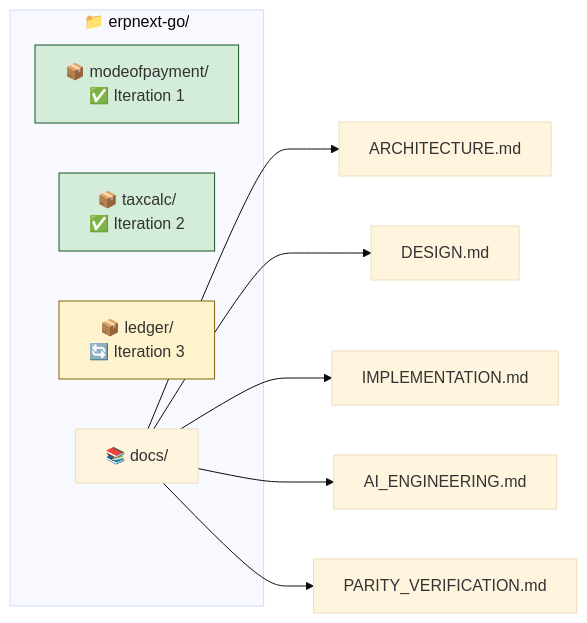
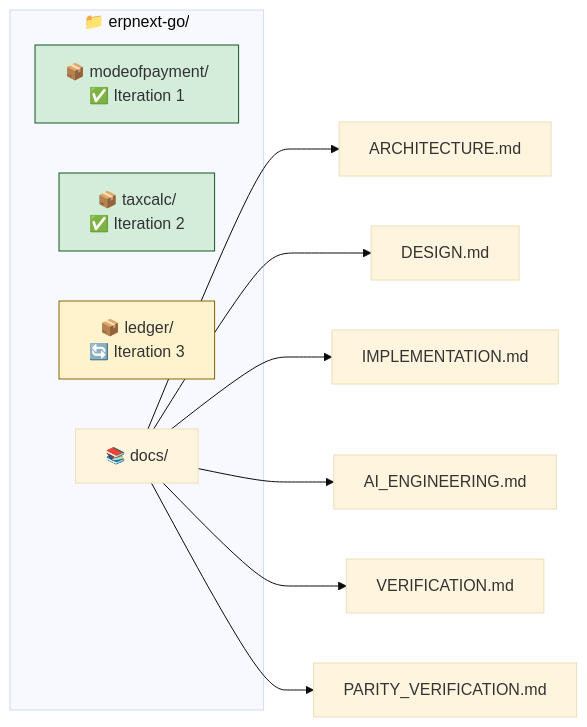
One commit to PearlThoughtsInternship/erpnext-go changed the fourth of 6 diagrams in README.md. Above: the diagram before and after it, drawn with Mermaid (base theme). The commit also changed other lines of this file and 1 other file, not shown here.

First line of the commit message:
Add comprehensive verification documentation and testing section

````diff
--- a/README.md
+++ b/README.md
@@ -195,19 +195,20 @@
 ```mermaid
 graph LR
     subgraph repo["📁 erpnext-go/"]
         mop["📦 modeofpayment/<br/>✅ Iteration 1"]
         tax["📦 taxcalc/<br/>✅ Iteration 2"]
         ledger["📦 ledger/<br/>🔄 Iteration 3"]
         docs["📚 docs/"]
     end
 
     docs --> arch["ARCHITECTURE.md"]
     docs --> design["DESIGN.md"]
     docs --> impl["IMPLEMENTATION.md"]
     docs --> ai["AI_ENGINEERING.md"]
+    docs --> verify["VERIFICATION.md"]
     docs --> parity["PARITY_VERIFICATION.md"]
 
     style mop fill:#d4edda,stroke:#155724
     style tax fill:#d4edda,stroke:#155724
     style ledger fill:#fff3cd,stroke:#856404
 ```
````
